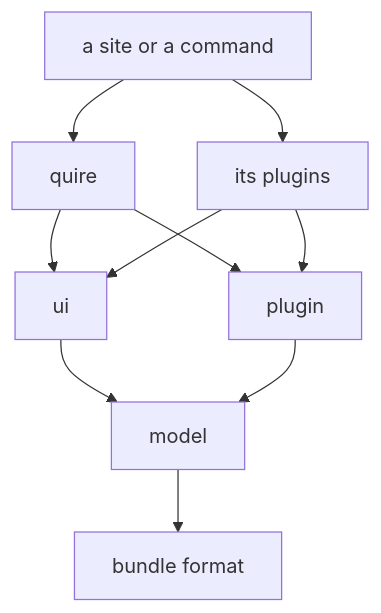
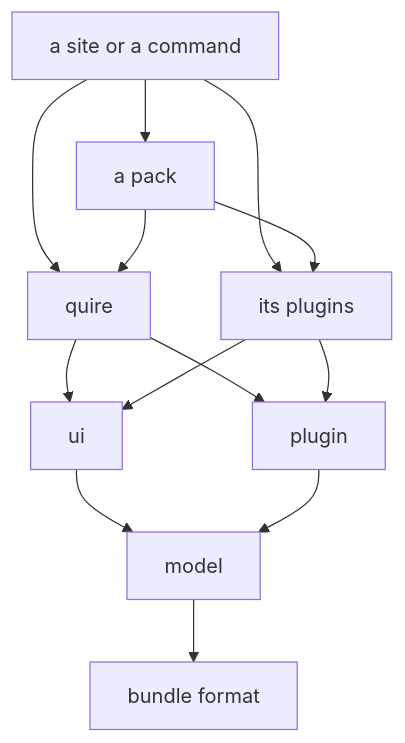
Before and after one commit to lahickey/quire: the diagram in site/content/docs/architecture.md, drawn with Mermaid. The commit also changed other lines of this file and 57 other files, not shown here.

````diff
--- a/site/content/docs/architecture.md
+++ b/site/content/docs/architecture.md
@@ -45,12 +45,15 @@
 ```mermaid
 flowchart TD
   site[a site or a command] --> quire
   site --> plugins[its plugins]
+  site --> pack[a pack]
+  pack --> quire
+  pack --> plugins
   quire --> ui
   quire --> plugin
   plugins --> ui
   plugins --> plugin
   ui --> model
   plugin --> model
   model --> journal[bundle format]
 ```
````
